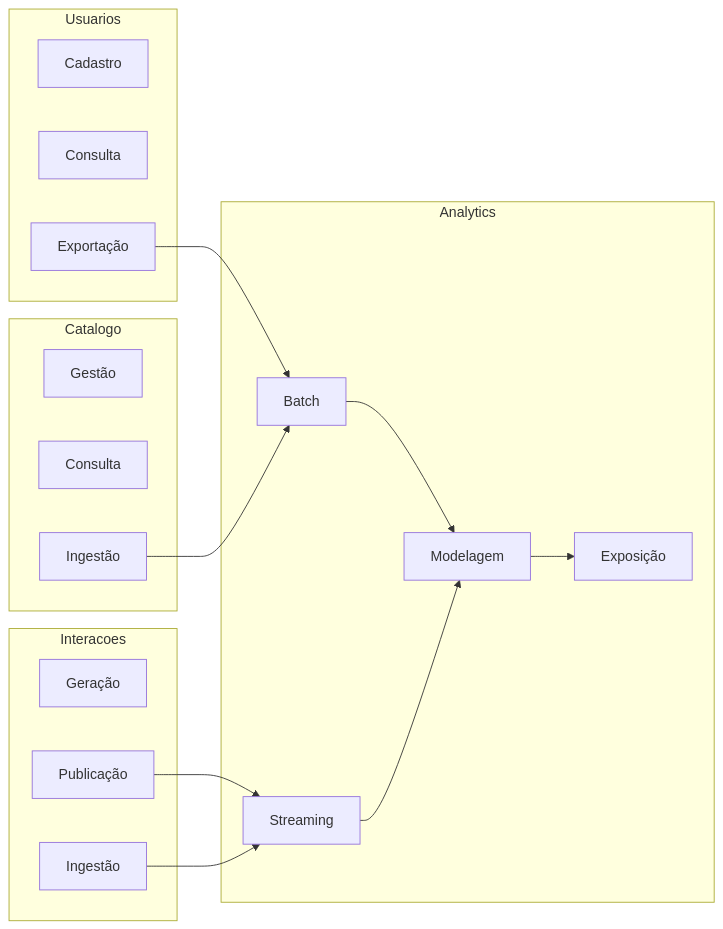
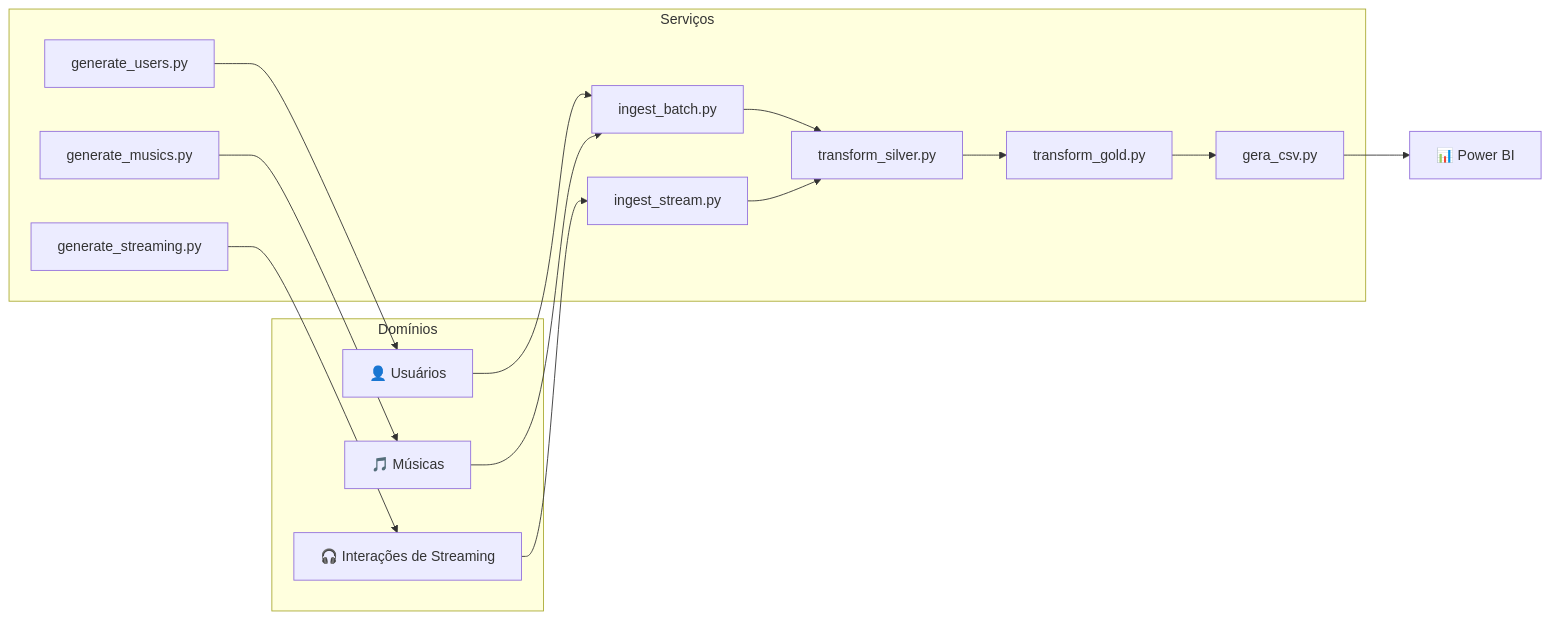
Before and after one commit to GustavoMF-23/ciclo_de_vida_engenharia_de_dados: the diagram in docs/03_dominios_servicos.md, drawn with Mermaid. The commit also changed other lines of this file, not shown here.

Commit message:
Update diagram with emojis and service names

````diff
--- a/docs/03_dominios_servicos.md
+++ b/docs/03_dominios_servicos.md
@@ -47,36 +47,39 @@
-```mermaid id="m8k2xp"
+```mermaid
 flowchart LR
 
-subgraph Usuarios
-U1[Cadastro]
-U2[Consulta]
-U3[Exportação]
+subgraph Domínios
+    U[👤 Usuários]
+    M[🎵 Músicas]
+    I[🎧 Interações de Streaming]
 end
 
-subgraph Catalogo
-C1[Gestão]
-C2[Consulta]
-C3[Ingestão]
+subgraph Serviços
+    S1[generate_users.py]
+    S2[generate_musics.py]
+    S3[generate_streaming.py]
+
+    S4[ingest_batch.py]
+    S5[ingest_stream.py]
+
+    S6[transform_silver.py]
+    S7[transform_gold.py]
+
+    S8[gera_csv.py]
 end
 
-subgraph Interacoes
-I1[Geração]
-I2[Publicação]
-I3[Ingestão]
-end
+U --> S4
+M --> S4
+I --> S5
 
-subgraph Analytics
-A1[Batch]
-A2[Streaming]
-A3[Modelagem]
-A4[Exposição]
-end
+S1 --> U
+S2 --> M
+S3 --> I
 
-U3 --> A1
-C3 --> A1
-I2 --> A2
-I3 --> A2
-A1 --> A3
-A2 --> A3
-A3 --> A4
+S4 --> S6
+S5 --> S6
+
+S6 --> S7
+S7 --> S8
+
+S8 --> BI[📊 Power BI]
 ```
````
